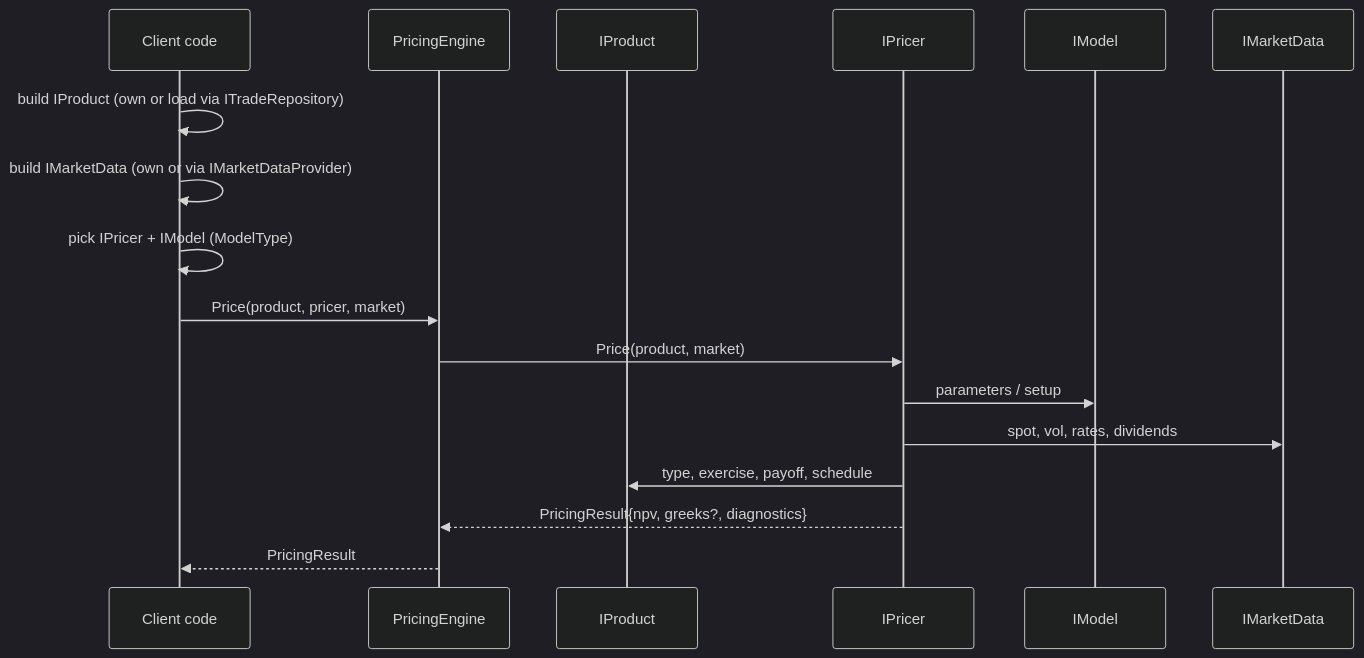
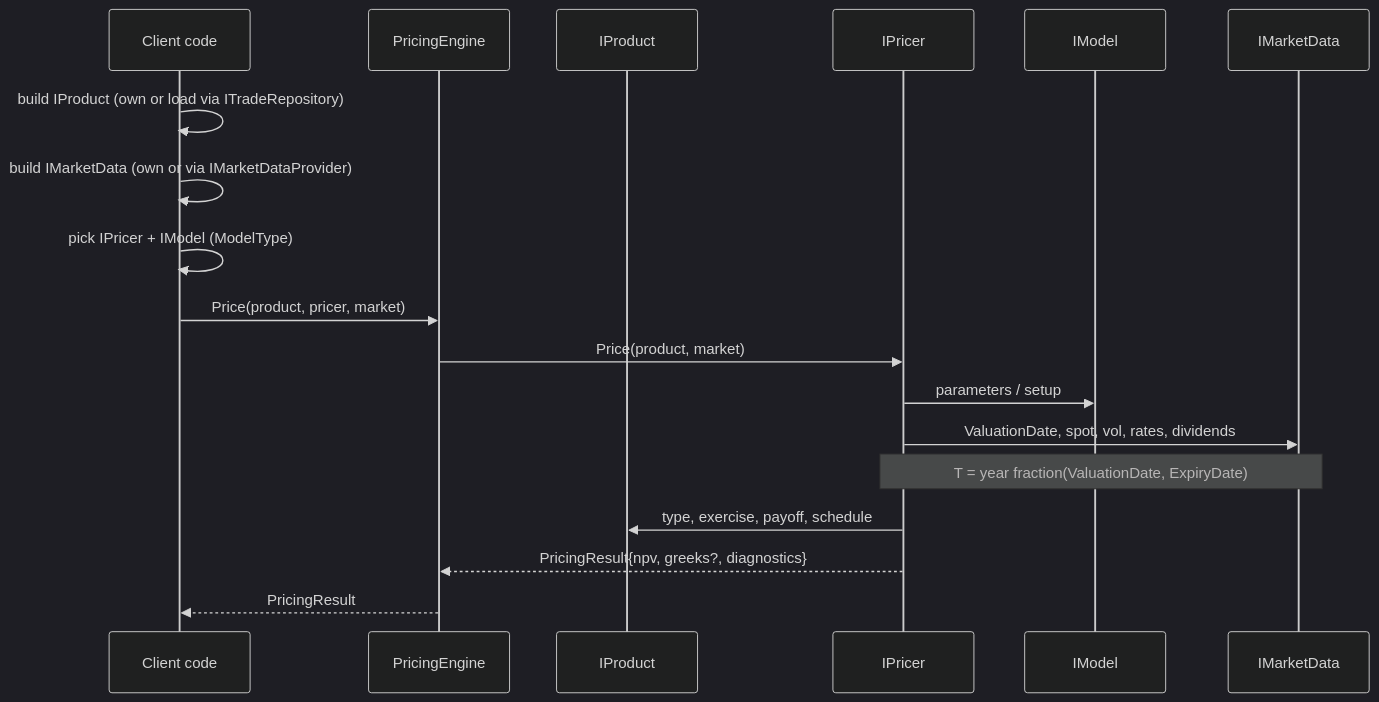
One commit to krzysiekbienias/numeraire changed the second of 10 diagrams in docs/architecture.md. Above: the diagram before and after it, drawn with Mermaid (dark theme). The commit also changed other lines of this file and 2 other files, not shown here.

First line of the commit message:
feat(docs): enhance README and architecture documentation for valuation date and MTM

````diff
--- a/docs/architecture.md
+++ b/docs/architecture.md
@@ -82,20 +82,21 @@
 ```mermaid
 sequenceDiagram
     participant User as Client code
     participant Engine as PricingEngine
     participant Product as IProduct
     participant Pricer as IPricer
     participant Model as IModel
     participant Mkt as IMarketData
 
     User->>User: build IProduct (own or load via ITradeRepository)
     User->>User: build IMarketData (own or via IMarketDataProvider)
     User->>User: pick IPricer + IModel (ModelType)
     User->>Engine: Price(product, pricer, market)
     Engine->>Pricer: Price(product, market)
     Pricer->>Model: parameters / setup
-    Pricer->>Mkt: spot, vol, rates, dividends
+    Pricer->>Mkt: ValuationDate, spot, vol, rates, dividends
+    Note over Pricer,Mkt: T = year fraction(ValuationDate, ExpiryDate)
     Pricer->>Product: type, exercise, payoff, schedule
     Pricer-->>Engine: PricingResult{npv, greeks?, diagnostics}
     Engine-->>User: PricingResult
 ```
````
